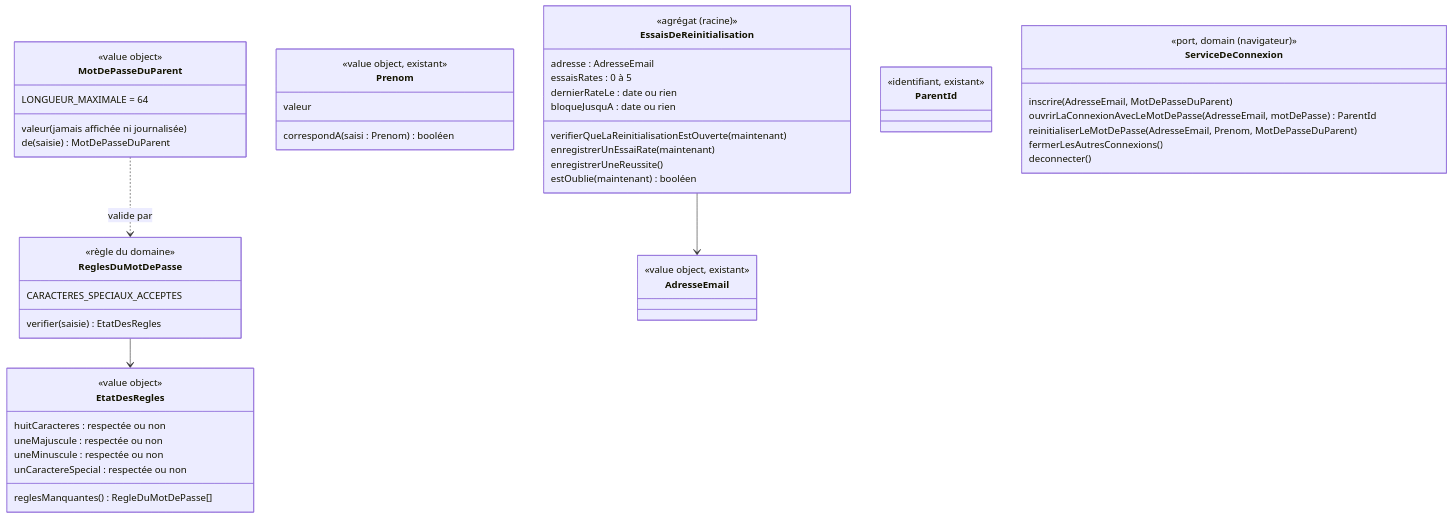
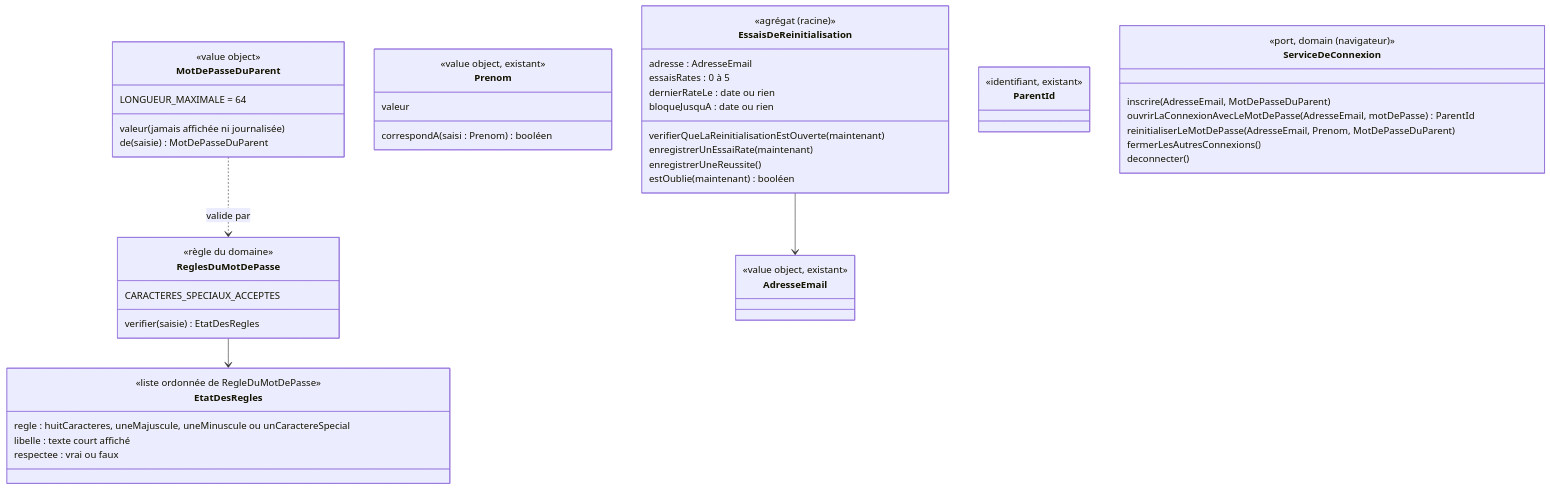
Before and after one commit to SBA-dev/github-move: the diagram in docs/stories/72/domain-model.md, drawn with Mermaid. The commit also changed 2 other files, not shown here.

Commit message:
feat(#72): vérifier les 4 règles du mot de passe du parent
Claude-Session: https://claude.ai/code/session_019KG2sMvSHecRKo2B9YSHt7

````diff
--- a/docs/stories/72/domain-model.md
+++ b/docs/stories/72/domain-model.md
@@ -48,55 +48,53 @@
 ```mermaid
 classDiagram
   class MotDePasseDuParent {
     <<value object>>
     valeur (jamais affichée ni journalisée)
     de(saisie) MotDePasseDuParent
     LONGUEUR_MAXIMALE = 64
   }
   class ReglesDuMotDePasse {
     <<règle du domaine>>
     verifier(saisie) EtatDesRegles
     CARACTERES_SPECIAUX_ACCEPTES
   }
   class EtatDesRegles {
-    <<value object>>
-    huitCaracteres : respectée ou non
-    uneMajuscule : respectée ou non
-    uneMinuscule : respectée ou non
-    unCaractereSpecial : respectée ou non
-    reglesManquantes() RegleDuMotDePasse[]
+    <<liste ordonnée de RegleDuMotDePasse>>
+    regle : huitCaracteres, uneMajuscule, uneMinuscule ou unCaractereSpecial
+    libelle : texte court affiché
+    respectee : vrai ou faux
   }
   class Prenom {
     <<value object, existant>>
     valeur
     correspondA(saisi : Prenom) booléen
   }
   class EssaisDeReinitialisation {
     <<agrégat (racine)>>
     adresse : AdresseEmail
     essaisRates : 0 à 5
     dernierRateLe : date ou rien
     bloqueJusquA : date ou rien
     verifierQueLaReinitialisationEstOuverte(maintenant)
     enregistrerUnEssaiRate(maintenant)
     enregistrerUneReussite()
     estOublie(maintenant) booléen
   }
   class AdresseEmail {
     <<value object, existant>>
   }
   class ParentId {
     <<identifiant, existant>>
   }
   class ServiceDeConnexion {
     <<port, domain (navigateur)>>
     inscrire(AdresseEmail, MotDePasseDuParent)
     ouvrirLaConnexionAvecLeMotDePasse(AdresseEmail, motDePasse) ParentId
     reinitialiserLeMotDePasse(AdresseEmail, Prenom, MotDePasseDuParent)
     fermerLesAutresConnexions()
     deconnecter()
   }
   MotDePasseDuParent ..> ReglesDuMotDePasse : valide par
   ReglesDuMotDePasse --> EtatDesRegles
   EssaisDeReinitialisation --> AdresseEmail
 ```
````
